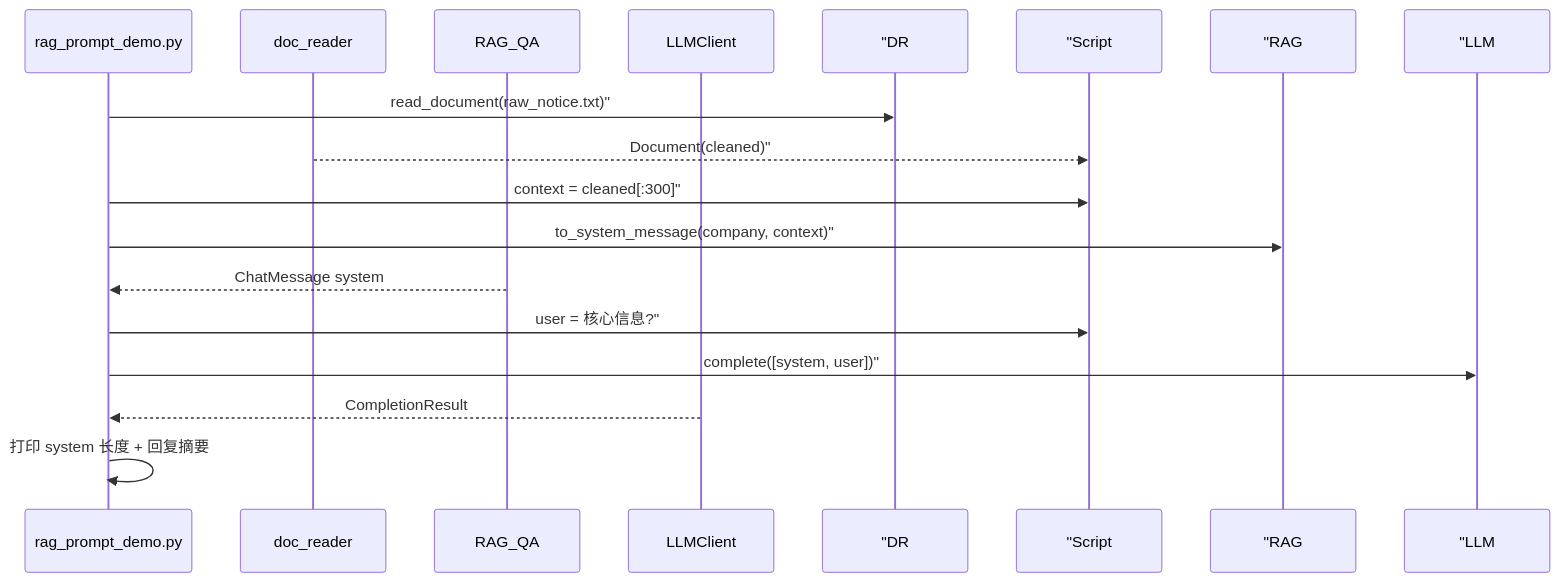
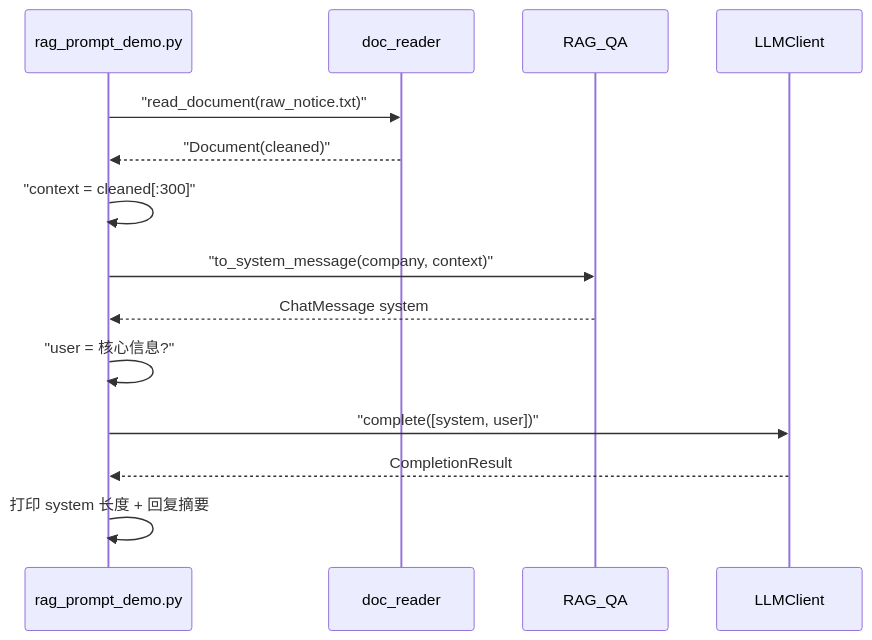
The fifth of 10 diagrams in course/day17/04_流程图与示意图.md (ab6539763/70_days_course_plus), drawn with Mermaid before and after one commit. The commit also changed other lines of this file and 80 other files, not shown here.

First line of the commit message:
fix(course): 修复 Mermaid 图表渲染报错 + 同步嵌入代码快照

````diff
--- a/course/day17/04_流程图与示意图.md
+++ b/course/day17/04_流程图与示意图.md
@@ -82,17 +82,17 @@
 ```mermaid
 sequenceDiagram
     participant Script as rag_prompt_demo.py
     participant DR as doc_reader
     participant RAG as RAG_QA
     participant LLM as LLMClient
 
-    Script->> "DR: read_document(raw_notice.txt)"
-    DR-->> "Script: Document(cleaned)"
-    Script->> "Script: context = cleaned[:300]"
-    Script->> "RAG: to_system_message(company, context)"
+    Script->>DR: "read_document(raw_notice.txt)"
+    DR-->>Script: "Document(cleaned)"
+    Script->>Script: "context = cleaned[:300]"
+    Script->>RAG: "to_system_message(company, context)"
     RAG-->>Script: ChatMessage system
-    Script->> "Script: user = 核心信息?"
-    Script->> "LLM: complete([system, user])"
+    Script->>Script: "user = 核心信息?"
+    Script->>LLM: "complete([system, user])"
     LLM-->>Script: CompletionResult
     Script->>Script: 打印 system 长度 + 回复摘要
 ```
````
